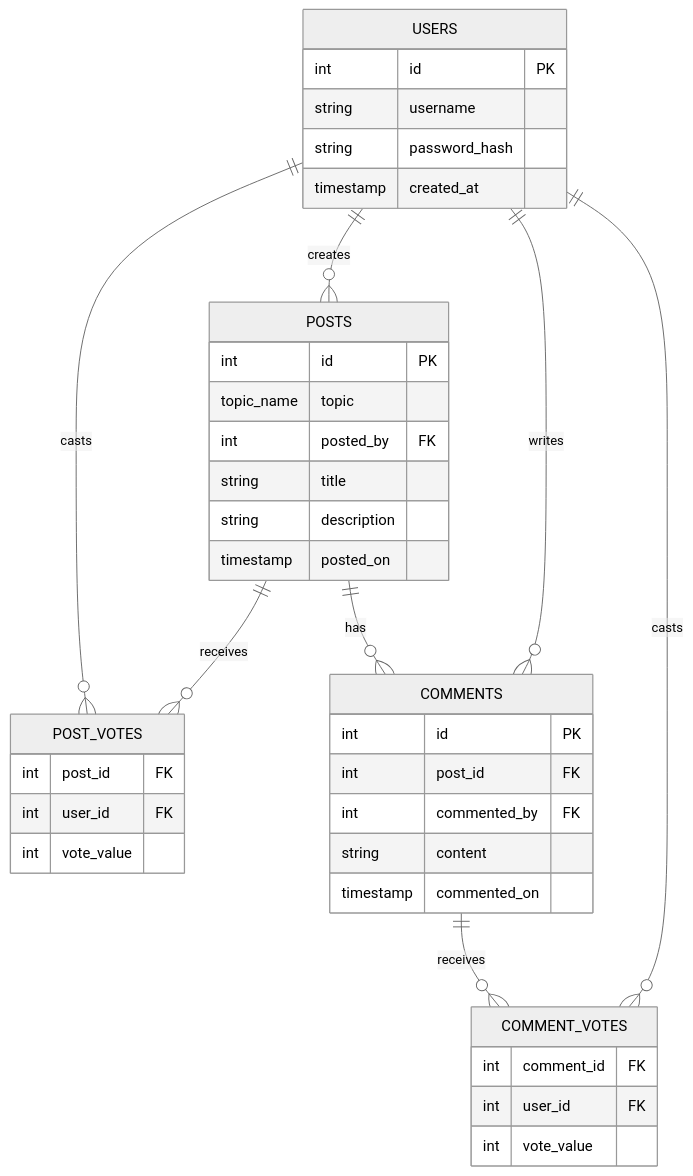
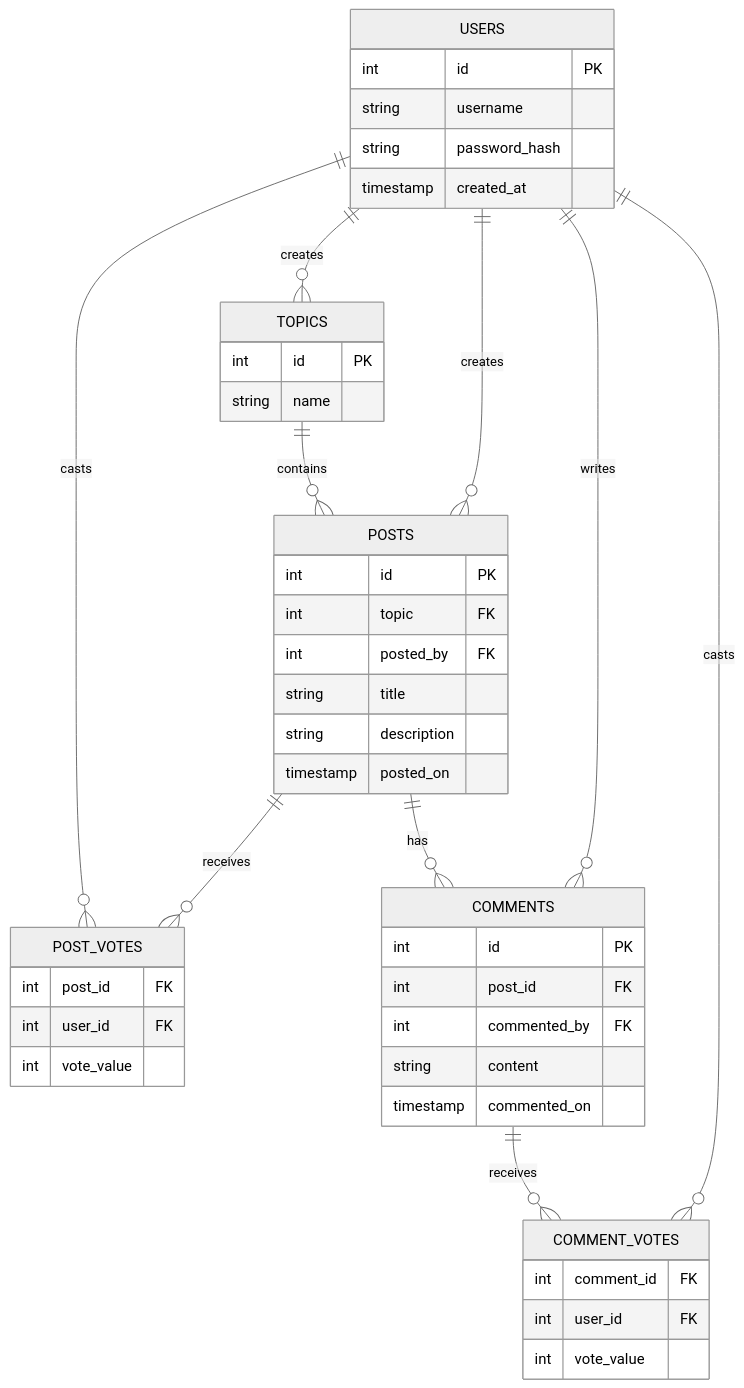
One commit to wjh3355/cvwo-assignment changed the diagram in README.md. Above: the diagram before and after it, drawn with Mermaid (neutral theme). The commit also changed other lines of this file, not shown here.

````diff
--- a/README.md
+++ b/README.md
@@ -97,49 +99,58 @@
 ```mermaid
 erDiagram
+
+   TOPICS {
+      int id PK
+      string name
+   }
+
    USERS {
       int id PK
       string username
       string password_hash
       timestamp created_at
    }
 
    POSTS {
       int id PK
-      topic_name topic
+      int topic FK
       int posted_by FK
       string title
       string description
       timestamp posted_on
    }
 
    POST_VOTES {
       int post_id FK
       int user_id FK
       int vote_value
    }
 
    COMMENTS {
       int id PK
       int post_id FK
       int commented_by FK
       string content
       timestamp commented_on
    }
 
    COMMENT_VOTES {
       int comment_id FK
       int user_id FK
       int vote_value
    }
 
+   USERS ||--o{ TOPICS : creates
    USERS ||--o{ POSTS : creates
    USERS ||--o{ COMMENTS : writes
+
+   TOPICS ||--o{ POSTS : contains
 
    POSTS ||--o{ COMMENTS : has
    POSTS ||--o{ POST_VOTES : receives
 
    USERS ||--o{ POST_VOTES : casts
    USERS ||--o{ COMMENT_VOTES : casts
 
    COMMENTS ||--o{ COMMENT_VOTES : receives
 ```
````
